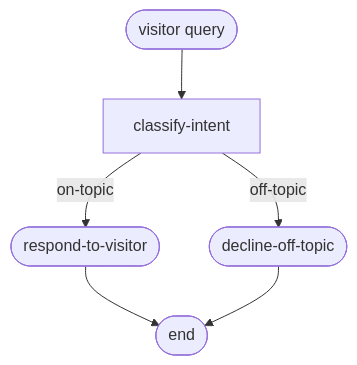
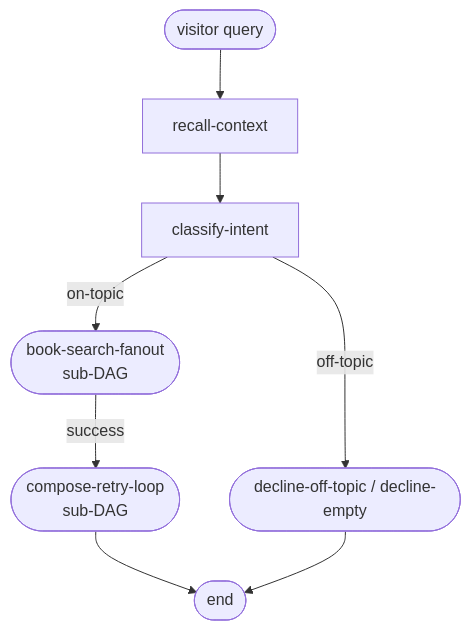
The diagram in docs/examples/01-linear.md (Studnicky/Dagonizer), drawn with Mermaid before and after one commit. The commit also changed other lines of this file and 26 other files, not shown here.

````diff
--- a/docs/examples/01-linear.md
+++ b/docs/examples/01-linear.md
@@ -12,13 +12,17 @@
 ```mermaid
 flowchart TB
   start([visitor query])
+  recall[recall-context]
   classify[classify-intent]
-  decline([decline-off-topic])
-  respond([respond-to-visitor])
+  search([book-search-fanout\nsub-DAG])
+  compose([compose-retry-loop\nsub-DAG])
+  decline([decline-off-topic / decline-empty])
   END([end])
-  start --> classify
-  classify -->|on-topic| respond
+  start --> recall
+  recall --> classify
+  classify -->|on-topic| search
+  search -->|success| compose
+  compose --> END
   classify -->|off-topic| decline
-  respond --> END
   decline --> END
 ```
````
